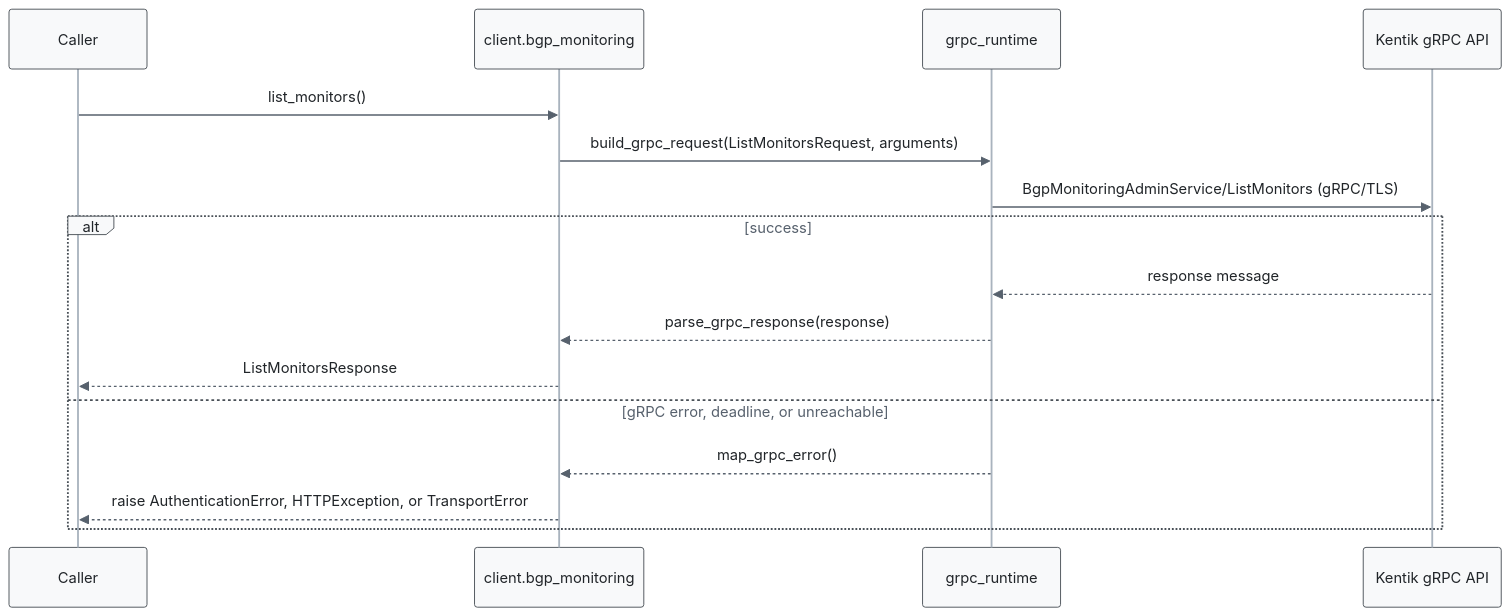
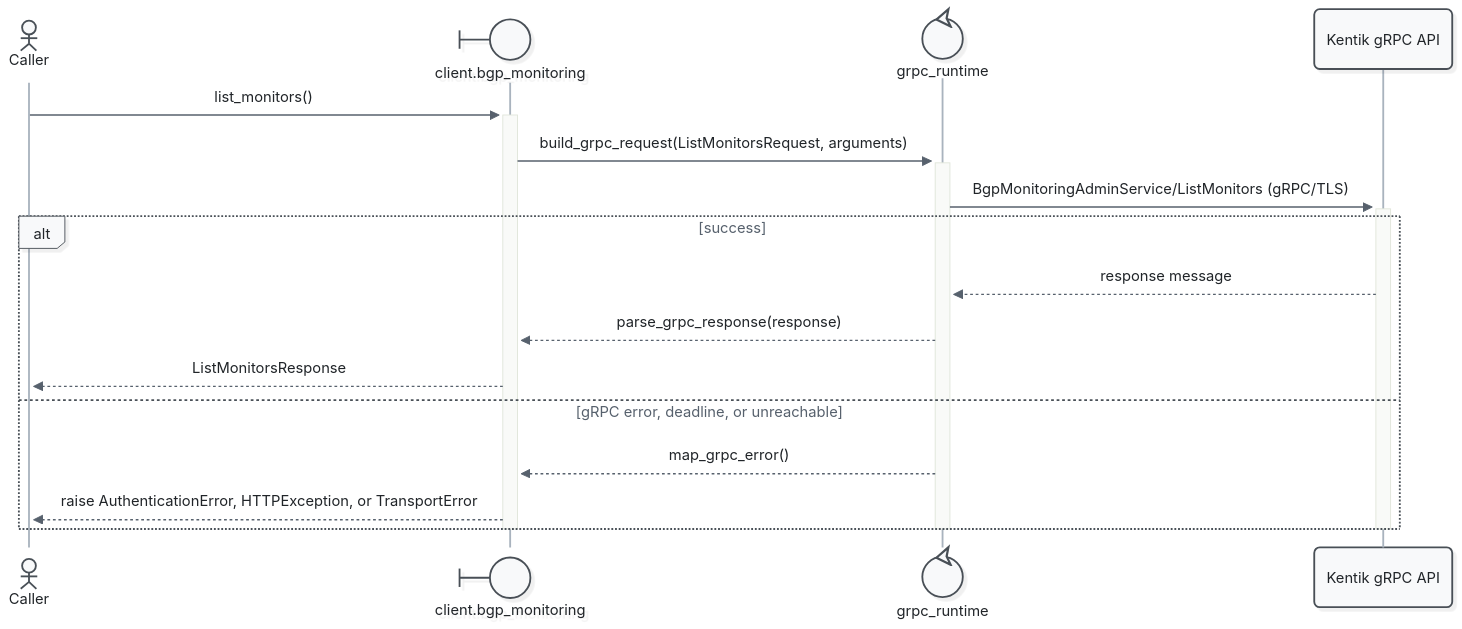
Before and after one commit to alexdearaujo/community_sdk_python: the sixth of 17 diagrams in docs/sphinx/services/bgp_monitoring.md, drawn with Mermaid. The commit also changed other lines of this file and 52 other files, not shown here.

First line of the commit message:
docs: Mermaid 12 sequence diagrams with participant types and path colors

````diff
--- a/docs/sphinx/services/bgp_monitoring.md
+++ b/docs/sphinx/services/bgp_monitoring.md
@@ -215,20 +227,23 @@
 ```mermaid
-%%{init: {"theme": "base", "fontFamily": "ui-monospace, SFMono-Regular, Menlo, monospace", "themeVariables": {"fontFamily": "ui-monospace, SFMono-Regular, Menlo, monospace", "primaryColor": "#f8f9fa", "primaryBorderColor": "#495057", "primaryTextColor": "#212529", "textColor": "#212529", "lineColor": "#77818c", "edgeLabelBackground": "#ffffff", "actorBkg": "#f8f9fa", "actorBorder": "#495057", "actorTextColor": "#212529", "actorLineColor": "#a9b3be", "signalColor": "#57616d", "signalTextColor": "#212529", "labelBoxBkgColor": "#f8f9fa", "labelBoxBorderColor": "#495057", "labelTextColor": "#212529", "loopTextColor": "#57616d", "noteBkgColor": "#fff9db", "noteBorderColor": "#f08c00", "noteTextColor": "#a35a00"}, "flowchart": {"curve": "step", "nodeSpacing": 30, "rankSpacing": 70, "wrappingWidth": 400}}}%%
+%%{init: {"theme": "redux", "look": "neo", "layout": "dagre", "fontFamily": "ui-monospace, SFMono-Regular, Menlo, monospace", "themeVariables": {"fontFamily": "ui-monospace, SFMono-Regular, Menlo, monospace", "primaryColor": "#f8f9fa", "primaryBorderColor": "#495057", "primaryTextColor": "#212529", "textColor": "#212529", "lineColor": "#77818c", "edgeLabelBackground": "#ffffff", "actorBkg": "#f8f9fa", "actorBorder": "#495057", "actorTextColor": "#212529", "actorLineColor": "#a9b3be", "signalColor": "#57616d", "signalTextColor": "#212529", "labelBoxBkgColor": "#f8f9fa", "labelBoxBorderColor": "#495057", "labelTextColor": "#212529", "loopTextColor": "#57616d", "noteBkgColor": "#fff9db", "noteBorderColor": "#f08c00", "noteTextColor": "#a35a00"}, "sequence": {"activationWidth": 16}, "flowchart": {"curve": "step", "nodeSpacing": 30, "rankSpacing": 70, "wrappingWidth": 400}}}%%
 sequenceDiagram
-    participant C as Caller
-    participant W as client.bgp_monitoring
-    participant R as grpc_runtime
+    actor C as Caller
+    participant W@{ "type": "boundary" } as client.bgp_monitoring
+    participant R@{ "type": "control" } as grpc_runtime
     participant API as Kentik gRPC API
 
-    C->>W: list_monitors()
-    W->>R: build_grpc_request(ListMonitorsRequest, arguments)
-    R->>API: BgpMonitoringAdminService/ListMonitors (gRPC/TLS)
+    C->>+W: list_monitors()
+    W->>+R: build_grpc_request(ListMonitorsRequest, arguments)
+    R->>+API: BgpMonitoringAdminService/ListMonitors (gRPC/TLS)
     alt success
         API-->>R: response message
         R-->>W: parse_grpc_response(response)
         W-->>C: ListMonitorsResponse
     else gRPC error, deadline, or unreachable
         R-->>W: map_grpc_error()
         W-->>C: raise AuthenticationError, HTTPException, or TransportError
     end
+    deactivate API
+    deactivate R
+    deactivate W
 ```
````
